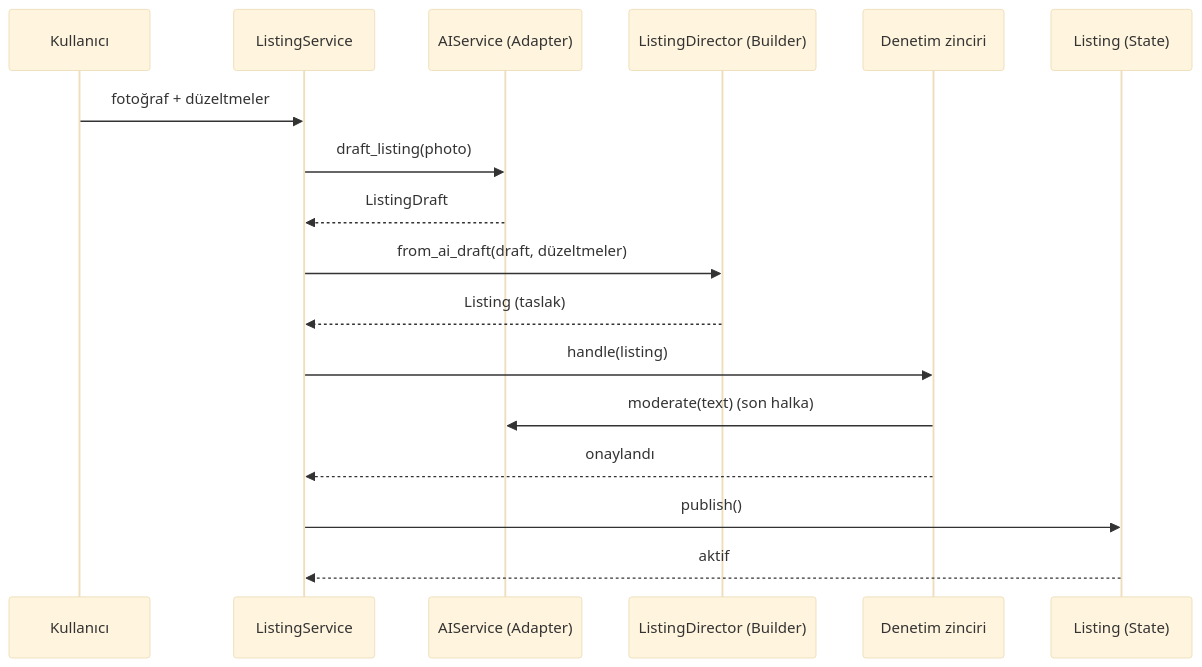
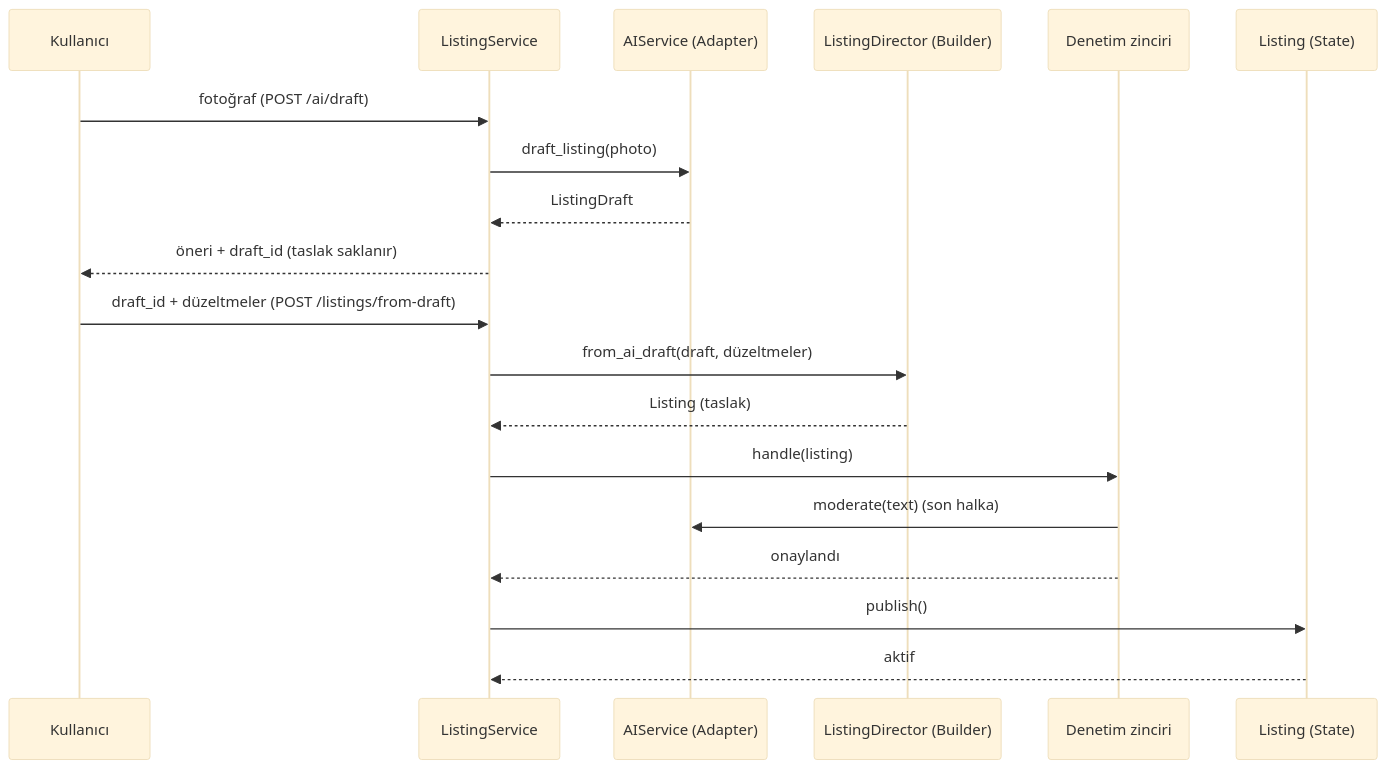
One commit to plnalaca/tasarim_kaliplari_proje changed the seventh of 7 diagrams in docs/TASARIM.md. Above: the diagram before and after it, drawn with Mermaid (base theme). The commit also changed other lines of this file and 11 other files, not shown here.

````diff
--- a/docs/TASARIM.md
+++ b/docs/TASARIM.md
@@ -272,19 +273,21 @@
 ```mermaid
 sequenceDiagram
     participant U as Kullanıcı
     participant S as ListingService
     participant AI as AIService (Adapter)
     participant D as ListingDirector (Builder)
     participant C as Denetim zinciri
     participant L as Listing (State)
-    U->>S: fotoğraf + düzeltmeler
+    U->>S: fotoğraf (POST /ai/draft)
     S->>AI: draft_listing(photo)
     AI-->>S: ListingDraft
+    S-->>U: öneri + draft_id (taslak saklanır)
+    U->>S: draft_id + düzeltmeler (POST /listings/from-draft)
     S->>D: from_ai_draft(draft, düzeltmeler)
     D-->>S: Listing (taslak)
     S->>C: handle(listing)
     C->>AI: moderate(text) (son halka)
     C-->>S: onaylandı
     S->>L: publish()
     L-->>S: aktif
 ```
````
